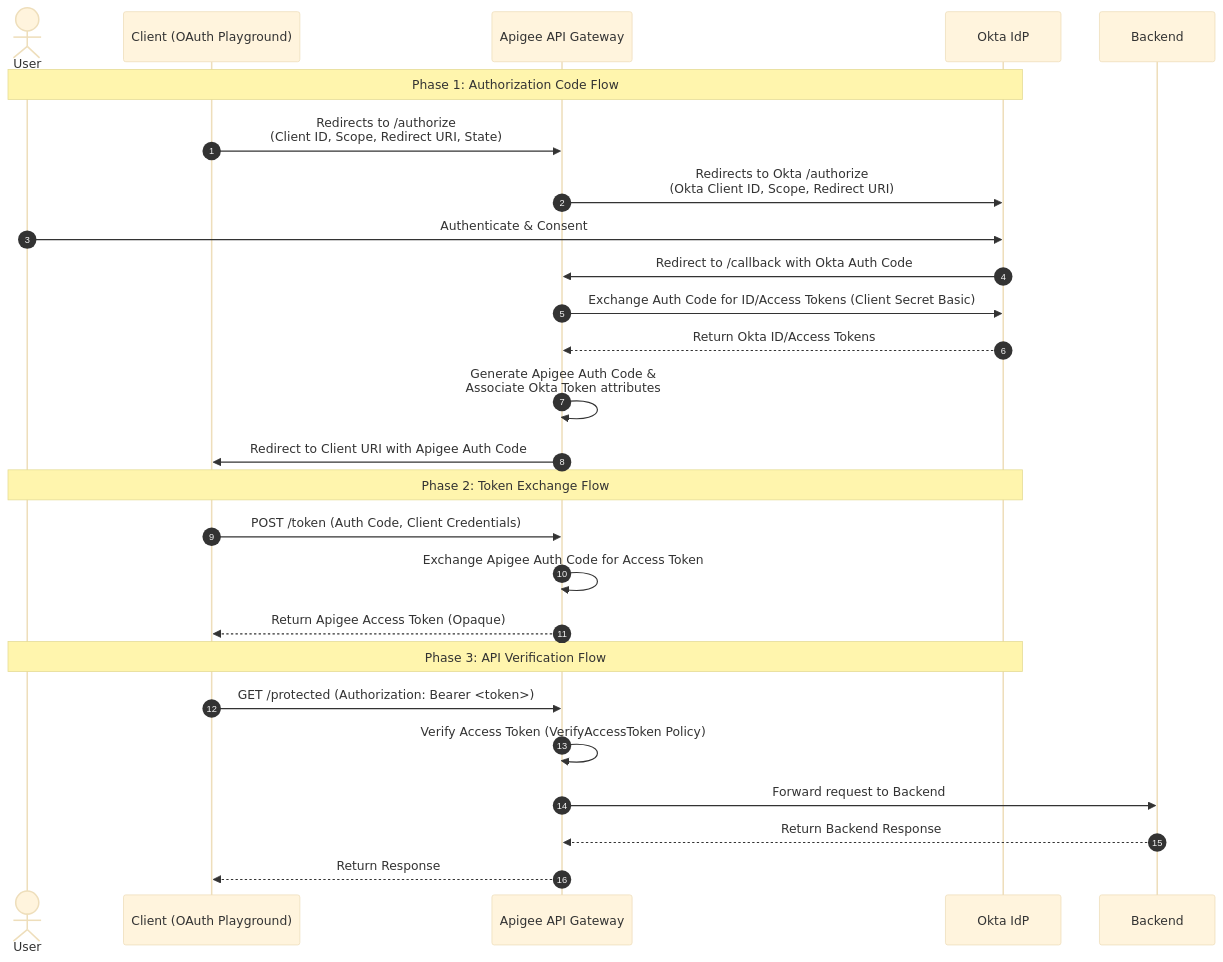
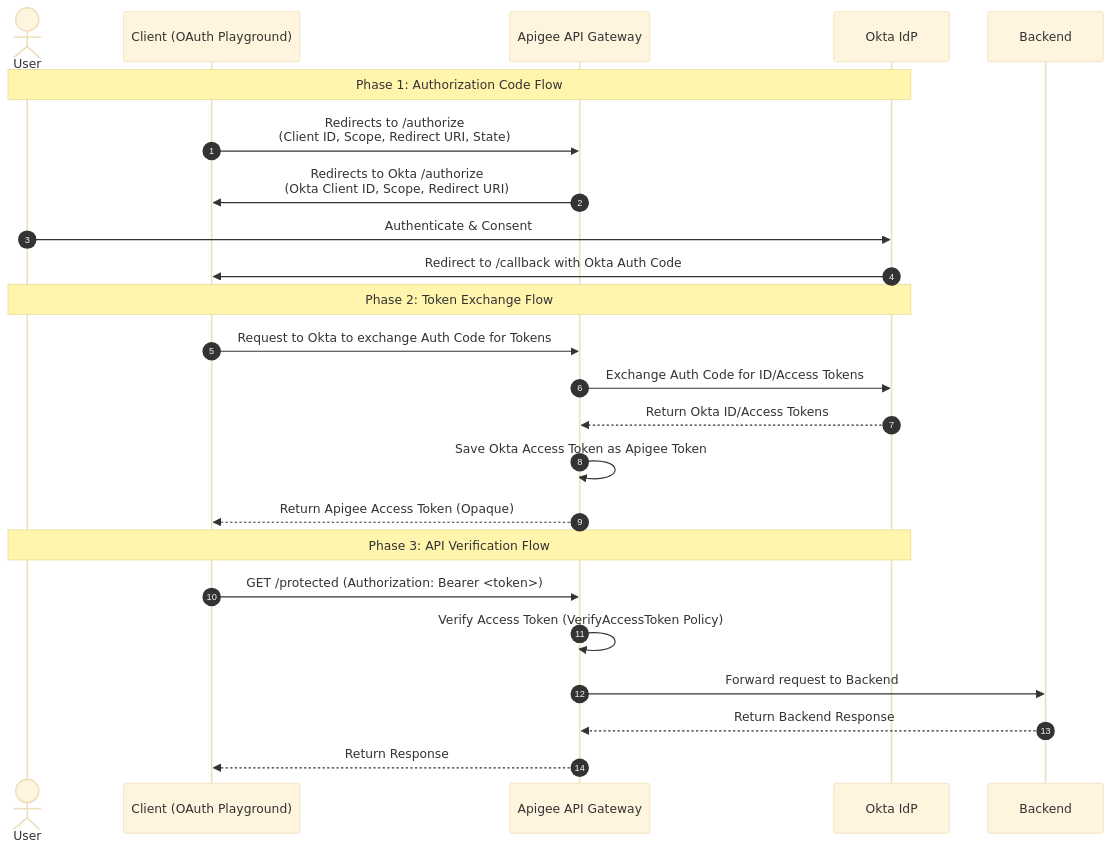
One commit to cbhong-ops/apigee-oidc-okta changed the diagram in README.md. Above: the diagram before and after it, drawn with Mermaid (base theme). The commit also changed other lines of this file, not shown here.

````diff
--- a/README.md
+++ b/README.md
@@ -15,30 +15,28 @@
 ```mermaid
 sequenceDiagram
     autonumber
     actor User
     participant Client as Client (OAuth Playground)
     participant Apigee as Apigee API Gateway
     participant Okta as Okta IdP
 
     Note over User, Okta: Phase 1: Authorization Code Flow
     Client->>Apigee: Redirects to /authorize<br/>(Client ID, Scope, Redirect URI, State)
-    Apigee->>Okta: Redirects to Okta /authorize<br/>(Okta Client ID, Scope, Redirect URI)
+    Apigee->>Client: Redirects to Okta /authorize<br/>(Okta Client ID, Scope, Redirect URI)
     User->>Okta: Authenticate & Consent
-    Okta->>Apigee: Redirect to /callback with Okta Auth Code
-    Apigee->>Okta: Exchange Auth Code for ID/Access Tokens (Client Secret Basic)
-    Okta-->>Apigee: Return Okta ID/Access Tokens
-    Apigee->>Apigee: Generate Apigee Auth Code &<br/>Associate Okta Token attributes
-    Apigee->>Client: Redirect to Client URI with Apigee Auth Code
+    Okta->>Client: Redirect to /callback with Okta Auth Code
 
     Note over User, Okta: Phase 2: Token Exchange Flow
-    Client->>Apigee: POST /token (Auth Code, Client Credentials)
-    Apigee->>Apigee: Exchange Apigee Auth Code for Access Token
+    Client->>Apigee: Request to Okta to exchange Auth Code for Tokens
+    Apigee->>Okta: Exchange Auth Code for ID/Access Tokens 
+    Okta-->>Apigee: Return Okta ID/Access Tokens
+    Apigee->>Apigee: Save Okta Access Token as Apigee Token
     Apigee-->>Client: Return Apigee Access Token (Opaque)
 
     Note over User, Okta: Phase 3: API Verification Flow
     Client->>Apigee: GET /protected (Authorization: Bearer <token>)
     Apigee->>Apigee: Verify Access Token (VerifyAccessToken Policy)
     Apigee->>Backend: Forward request to Backend
     Backend-->>Apigee: Return Backend Response
     Apigee-->>Client: Return Response
 ```
````
